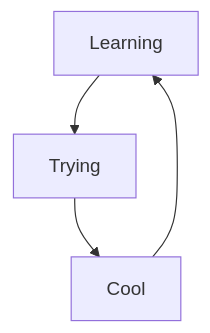
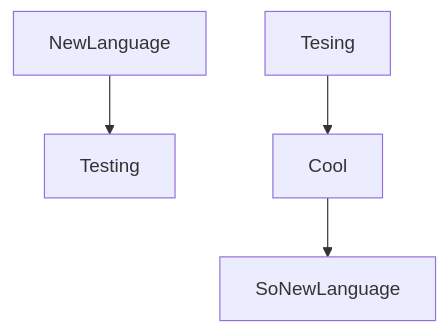
One commit to Badara-Seydi/Badara-Seydi changed the diagram in README.md. Above: the diagram before and after it, drawn with Mermaid.

````diff
--- a/README.md
+++ b/README.md
@@ -27,6 +27,6 @@
 ```mermaid
   graph TD;
-      Learning-->Trying;
-      Trying-->Cool;
-      Cool-->Learning;
+      NewLanguage-->Testing;
+      Tesing-->Cool;
+      Cool-->SoNewLanguage;
 ```
````
